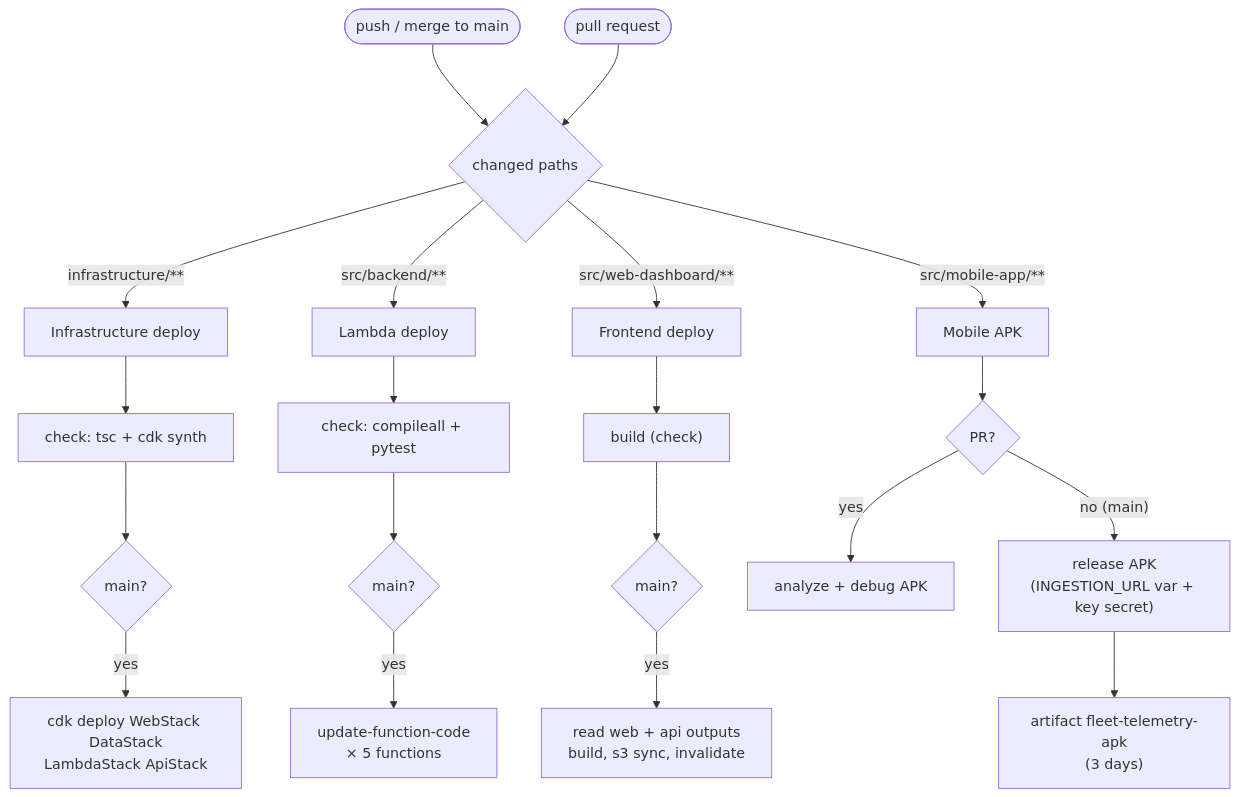
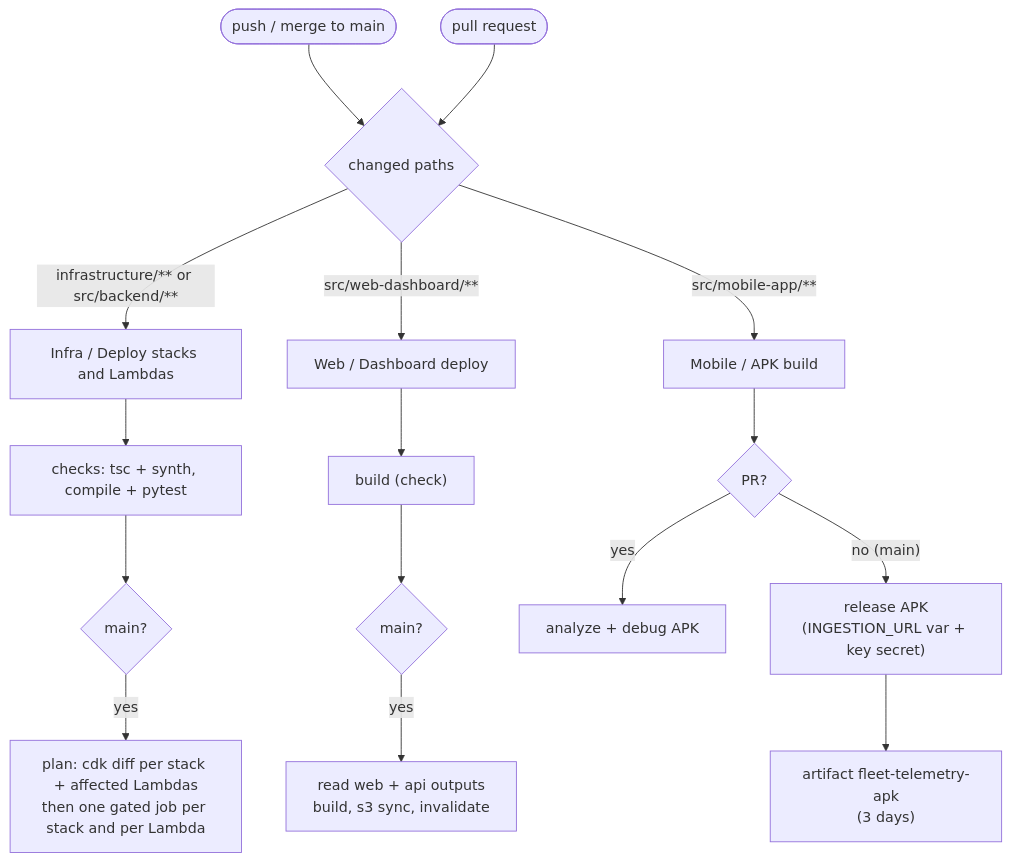
The fifth of 9 diagrams in docs/infrastructure.md (lupseIV/DataInfrastructure_404PorscheNotFound), drawn with Mermaid before and after one commit. The commit also changed other lines of this file and 14 other files, not shown here.

First line of the commit message:
Organize workflows by area and deploy stacks and Lambdas per job

````diff
--- a/docs/infrastructure.md
+++ b/docs/infrastructure.md
@@ -243,19 +266,17 @@
 ```mermaid
 flowchart TB
     push(["push / merge to main"])
     pr(["pull request"])
 
     push --> pathcheck{"changed paths"}
     pr --> pathcheck
 
-    pathcheck -- "infrastructure/**" --> infra["Infrastructure deploy"]
-    pathcheck -- "src/backend/**" --> lambda["Lambda deploy"]
-    pathcheck -- "src/web-dashboard/**" --> front["Frontend deploy"]
-    pathcheck -- "src/mobile-app/**" --> apk["Mobile APK"]
+    pathcheck -- "infrastructure/** or src/backend/**" --> infra["Infra / Deploy stacks and Lambdas"]
+    pathcheck -- "src/web-dashboard/**" --> front["Web / Dashboard deploy"]
+    pathcheck -- "src/mobile-app/**" --> apk["Mobile / APK build"]
 
-    infra --> i1["check: tsc + cdk synth"] --> i2{"main?"} -- yes --> i3["cdk deploy WebStack DataStack<br/>LambdaStack ApiStack"]
-    lambda --> l1["check: compileall + pytest"] --> l2{"main?"} -- yes --> l3["update-function-code<br/>× 5 functions"]
+    infra --> i1["checks: tsc + synth, compile + pytest"] --> i2{"main?"} -- yes --> i3["plan: cdk diff per stack + affected Lambdas<br/>then one gated job per stack and per Lambda"]
     front --> f1["build (check)"] --> f2{"main?"} -- yes --> f3["read web + api outputs<br/>build, s3 sync, invalidate"]
     apk --> a1{"PR?"} -- yes --> a2["analyze + debug APK"]
     a1 -- "no (main)" --> a3["release APK<br/>(INGESTION_URL var + key secret)"] --> a4["artifact fleet-telemetry-apk<br/>(3 days)"]
 ```
````
